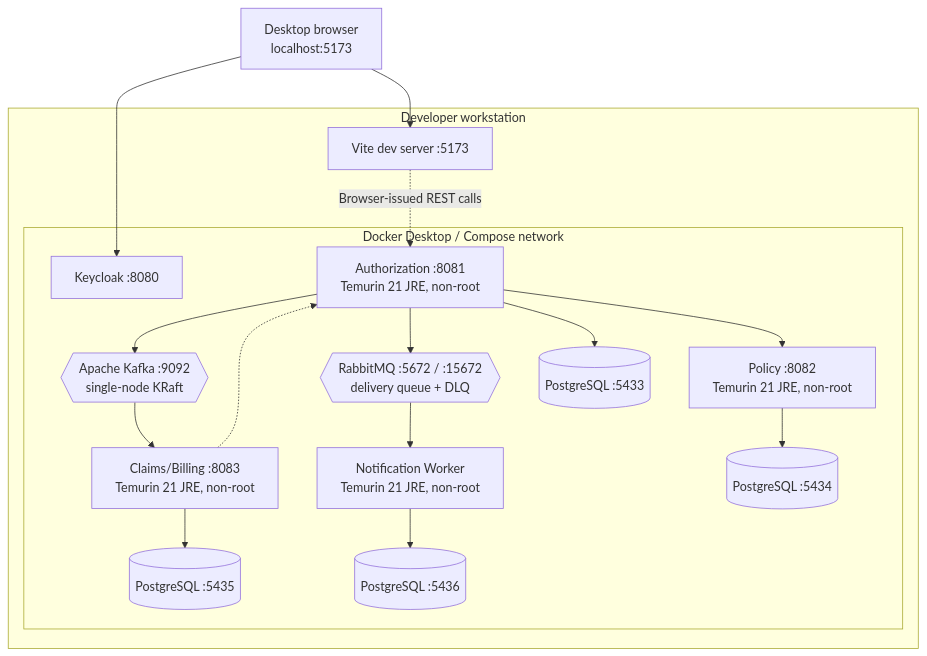
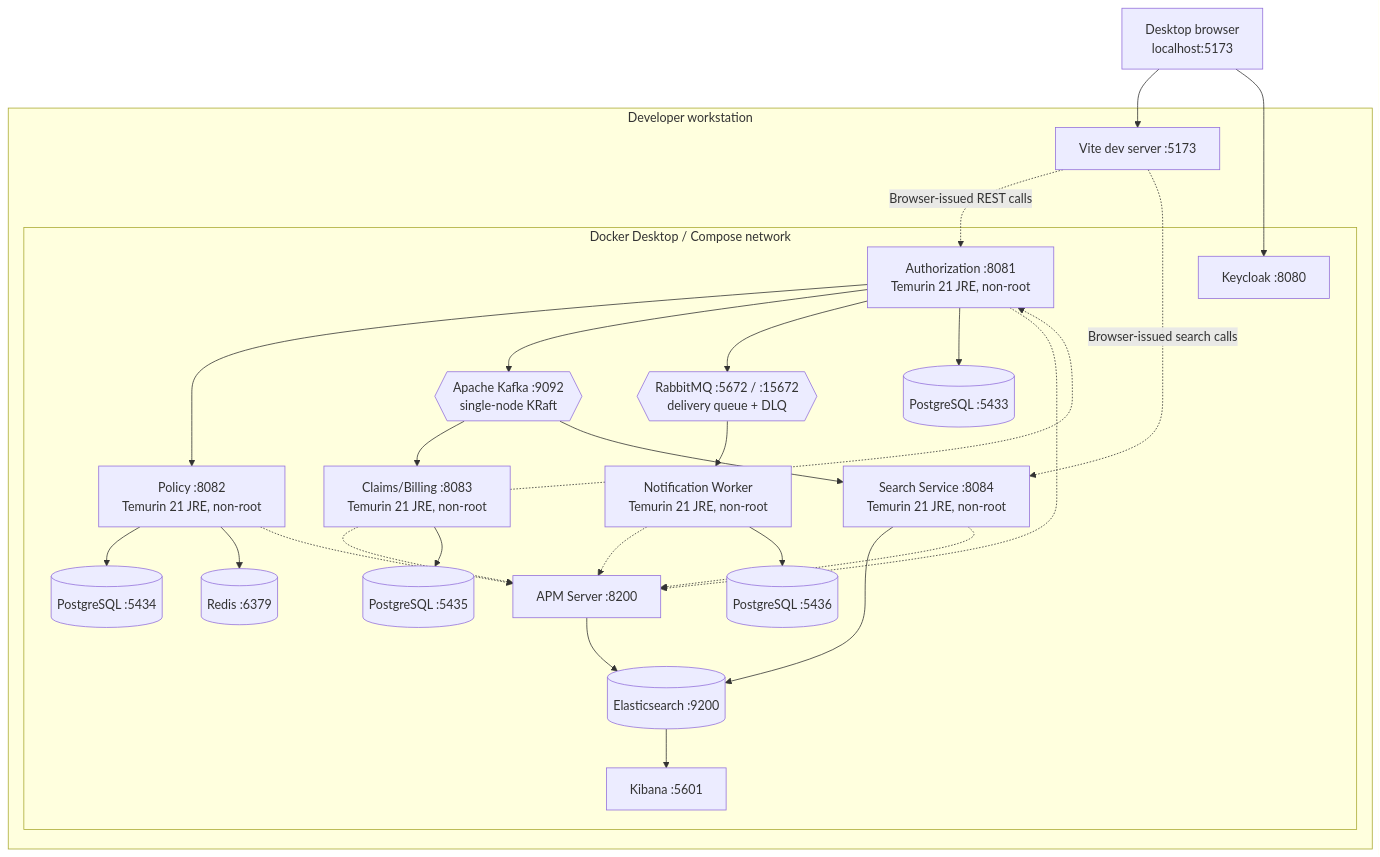
One commit to aydindemir1/health-insurance-platform changed the diagram in docs/architecture/local-deployment.md. Above: the diagram before and after it, drawn with Mermaid. The commit also changed other lines of this file and 23 other files, not shown here.

````diff
--- a/docs/architecture/local-deployment.md
+++ b/docs/architecture/local-deployment.md
@@ -3,35 +3,51 @@
 ```mermaid
 flowchart TB
     Browser["Desktop browser<br/>localhost:5173"]
 
     subgraph Host["Developer workstation"]
         Vite["Vite dev server :5173"]
         subgraph Docker["Docker Desktop / Compose network"]
             Keycloak["Keycloak :8080"]
             Auth["Authorization :8081<br/>Temurin 21 JRE, non-root"]
             Policy["Policy :8082<br/>Temurin 21 JRE, non-root"]
             Claims["Claims/Billing :8083<br/>Temurin 21 JRE, non-root"]
+            Search["Search Service :8084<br/>Temurin 21 JRE, non-root"]
             Worker["Notification Worker<br/>Temurin 21 JRE, non-root"]
             Kafka{{"Apache Kafka :9092<br/>single-node KRaft"}}
             Rabbit{{"RabbitMQ :5672 / :15672<br/>delivery queue + DLQ"}}
+            Redis[("Redis :6379")]
+            Elastic[("Elasticsearch :9200")]
+            Kibana["Kibana :5601"]
+            APM["APM Server :8200"]
             AuthDb[("PostgreSQL :5433")]
             PolicyDb[("PostgreSQL :5434")]
             ClaimsDb[("PostgreSQL :5435")]
             WorkerDb[("PostgreSQL :5436")]
         end
     end
 
     Browser --> Vite
     Browser --> Keycloak
     Vite -.->|"Browser-issued REST calls"| Auth
+    Vite -.->|"Browser-issued search calls"| Search
     Auth --> Policy
     Auth --> Kafka
     Auth --> Rabbit
     Kafka --> Claims
+    Kafka --> Search
     Rabbit --> Worker
     Claims -.-> Auth
     Auth --> AuthDb
     Policy --> PolicyDb
+    Policy --> Redis
+    Search --> Elastic
+    Elastic --> Kibana
+    APM --> Elastic
+    Auth -.-> APM
+    Policy -.-> APM
+    Claims -.-> APM
+    Search -.-> APM
+    Worker -.-> APM
     Claims --> ClaimsDb
     Worker --> WorkerDb
 ```
````
